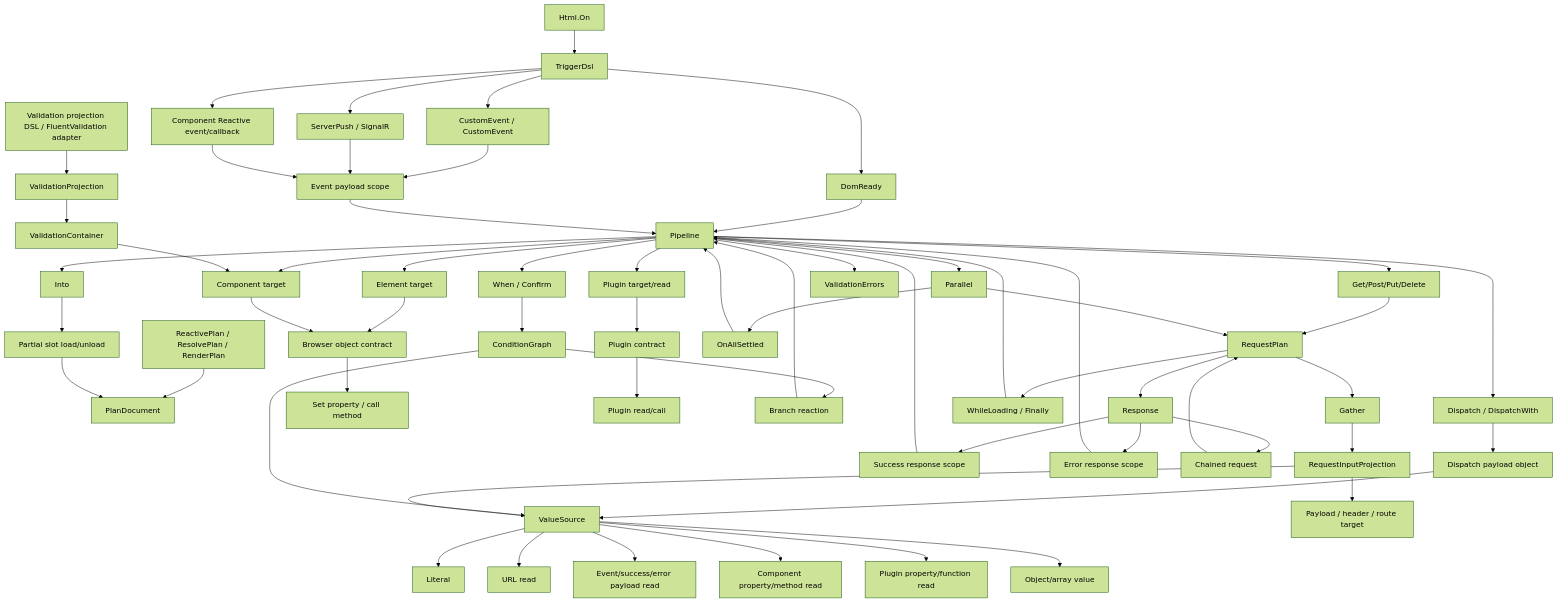
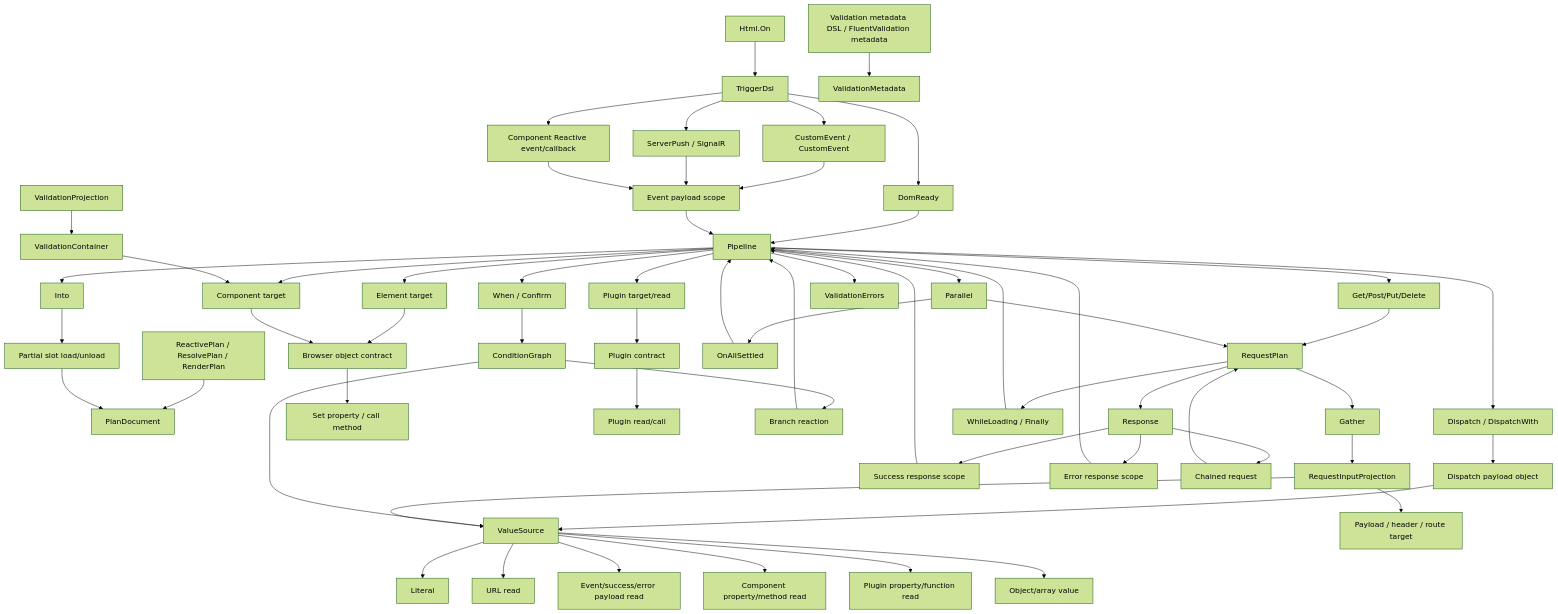
Before and after one commit to marafiq/alis-reactive: the fourth of 10 diagrams in docs/reactive-plan-source-blueprint.md, drawn with Mermaid (forest theme). The commit also changed other lines of this file and 18 other files, not shown here.

Commit message:
Make client validation metadata DI owned

````diff
--- a/docs/reactive-plan-source-blueprint.md
+++ b/docs/reactive-plan-source-blueprint.md
@@ -173,73 +173,73 @@
 ```mermaid
 flowchart TD
     PlanDsl[ReactivePlan / ResolvePlan / RenderPlan] --> PlanDocument
     HtmlOn[Html.On] --> TriggerDsl
 
     TriggerDsl --> DomReady[DomReady]
     TriggerDsl --> DocumentEvent[CustomEvent / CustomEvent<T>]
     TriggerDsl --> RemoteEvent[ServerPush / SignalR]
     TriggerDsl --> ComponentEvent[Component Reactive event/callback]
 
     DomReady --> Pipeline
     DocumentEvent --> EventScope[Event payload scope]
     RemoteEvent --> EventScope
     ComponentEvent --> EventScope
     EventScope --> Pipeline
 
     Pipeline --> ElementDsl[Element target]
     Pipeline --> ComponentDsl[Component target]
     Pipeline --> PluginDsl[Plugin target/read]
     Pipeline --> DispatchDsl[Dispatch / DispatchWith]
     Pipeline --> ConditionDsl[When / Confirm]
     Pipeline --> RequestDsl[Get/Post/Put/Delete]
     Pipeline --> ParallelDsl[Parallel]
     Pipeline --> InjectDsl[Into]
     Pipeline --> ValidationDisplay[ValidationErrors]
 
     ElementDsl --> ObjectContract[Browser object contract]
     ComponentDsl --> ObjectContract
     PluginDsl --> PluginContract[Plugin contract]
     ObjectContract --> SetCall[Set property / call method]
     PluginContract --> PluginReadCall[Plugin read/call]
 
     DispatchDsl --> DispatchPayload[Dispatch payload object]
     DispatchPayload --> ValueSource
 
     ConditionDsl --> ConditionGraph
     ConditionGraph --> ValueSource
     ConditionGraph --> BranchReaction[Branch reaction]
     BranchReaction --> Pipeline
 
     RequestDsl --> RequestPlan
     RequestPlan --> GatherDsl[Gather]
     RequestPlan --> RequestStages[WhileLoading / Finally]
     RequestPlan --> ResponseDsl[Response]
     RequestStages --> Pipeline
     ResponseDsl --> SuccessScope[Success response scope]
     ResponseDsl --> ErrorScope[Error response scope]
     SuccessScope --> Pipeline
     ErrorScope --> Pipeline
     ResponseDsl --> ChainedRequest[Chained request]
     ChainedRequest --> RequestPlan
     ParallelDsl --> RequestPlan
     ParallelDsl --> AllSettled[OnAllSettled]
     AllSettled --> Pipeline
 
     GatherDsl --> RequestInputProjection
     RequestInputProjection --> RequestTarget[Payload / header / route target]
     RequestInputProjection --> ValueSource
 
     ValueSource --> Literal[Literal]
     ValueSource --> UrlRead[URL read]
     ValueSource --> PayloadRead[Event/success/error payload read]
     ValueSource --> ComponentRead[Component property/method read]
     ValueSource --> PluginRead[Plugin property/function read]
     ValueSource --> ObjectArray[Object/array value]
 
     InjectDsl --> PartialSlot[Partial slot load/unload]
     PartialSlot --> PlanDocument
 
-    ValidationDsl[Validation projection DSL / FluentValidation adapter] --> ValidationProjection
+    ValidationDsl[Validation metadata DSL / FluentValidation metadata] --> ValidationMetadata
     ValidationProjection --> ValidationContainer
     ValidationContainer --> ComponentDsl
 ```
````
